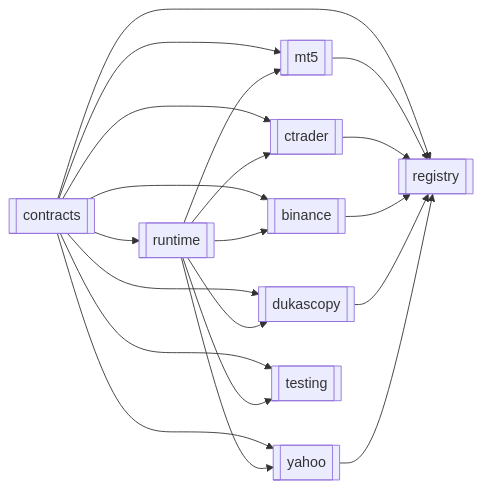
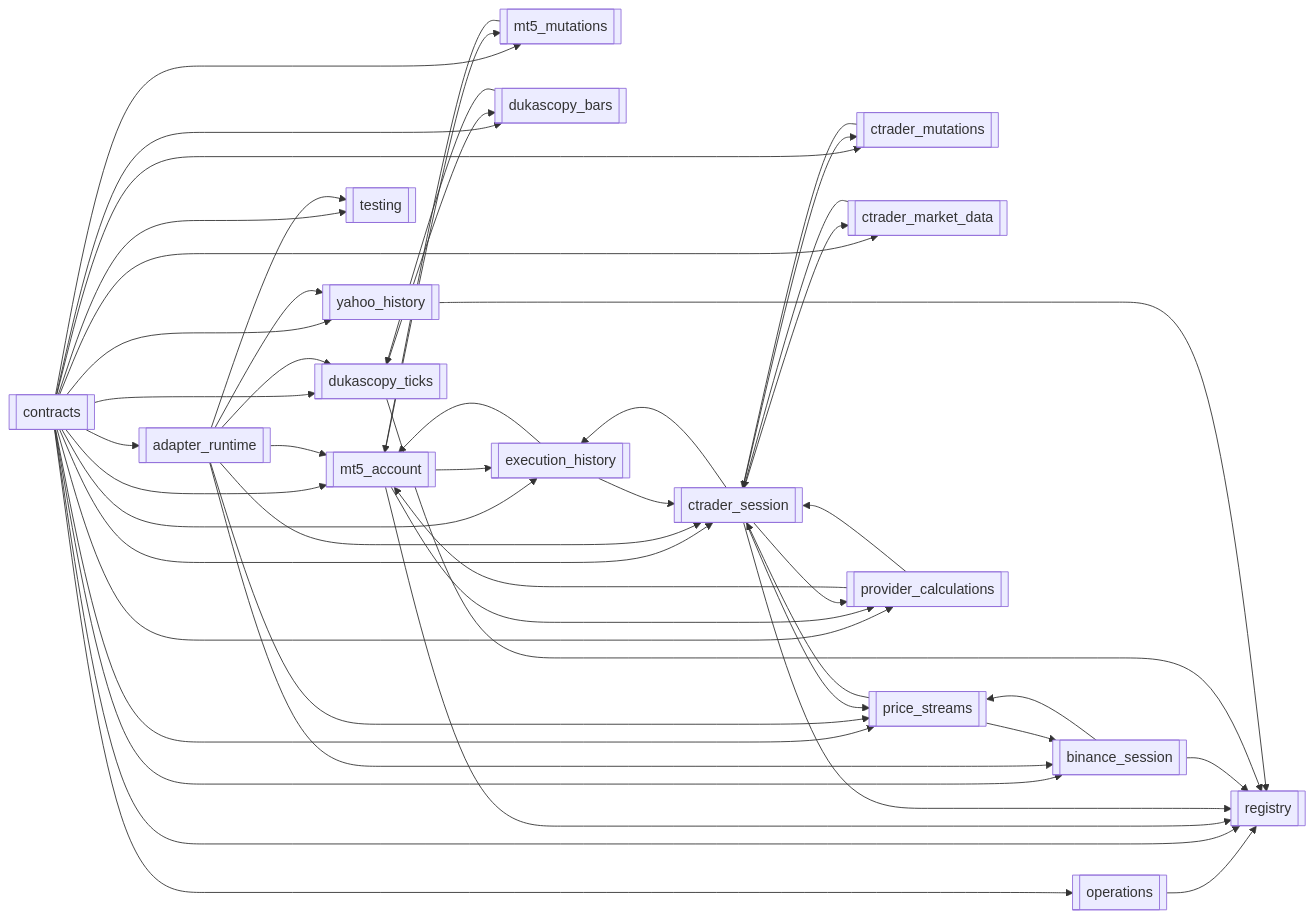
Before and after one commit to haruperi/HaruQuantAI: the second of 3 diagrams in app/services/brokers/README.md, drawn with Mermaid. The commit also changed other lines of this file and 488 other files, not shown here.

````diff
--- a/app/services/brokers/README.md
+++ b/app/services/brokers/README.md
@@ -318,32 +362,39 @@
 ```mermaid
 flowchart LR
     C[[contracts]]
-    RT[[runtime]]
+    RT[[adapter_runtime]]
+    OPS[[operations]]
     R[[registry]]
-    M[[mt5]]
-    CT[[ctrader]]
-    B[[binance]]
-    D[[dukascopy]]
-    Y[[yahoo]]
+    M[[mt5_account]]
+    MM[[mt5_mutations]]
+    CT[[ctrader_session]]
+    CM[[ctrader_mutations]]
+    CMD[[ctrader_market_data]]
+    B[[binance_session]]
+    D[[dukascopy_ticks]]
+    DB[[dukascopy_bars]]
+    Y[[yahoo_history]]
+    EH[[execution_history]]
+    PS[[price_streams]]
+    PC[[provider_calculations]]
     T[[testing]]
 
+    C --> OPS
+    C --> RT
+    C --> M & MM & CT & CM & CMD
+    C --> B & D & DB & Y
+    C --> EH & PS & PC & T
+    RT --> M & CT & B & D & Y
+    RT --> PS & T
+    M --> MM & EH & PC
+    CT --> CM & CMD & EH & PS & PC
+    B --> PS
+    D --> DB
+    MM & EH & PC --> M
+    CM & CMD & EH & PS & PC --> CT
+    PS --> B
+    DB --> D
+    OPS --> R
     C --> R
-    C --> RT
-    C --> M
-    C --> CT
-    C --> B
-    C --> D
-    C --> Y
-    C --> T
-    RT --> M
-    RT --> CT
-    RT --> B
-    RT --> D
-    RT --> Y
-    RT --> T
-    M --> R
-    CT --> R
-    B --> R
-    D --> R
-    Y --> R
+    M & CT & B & D & Y --> R
 ```
````
